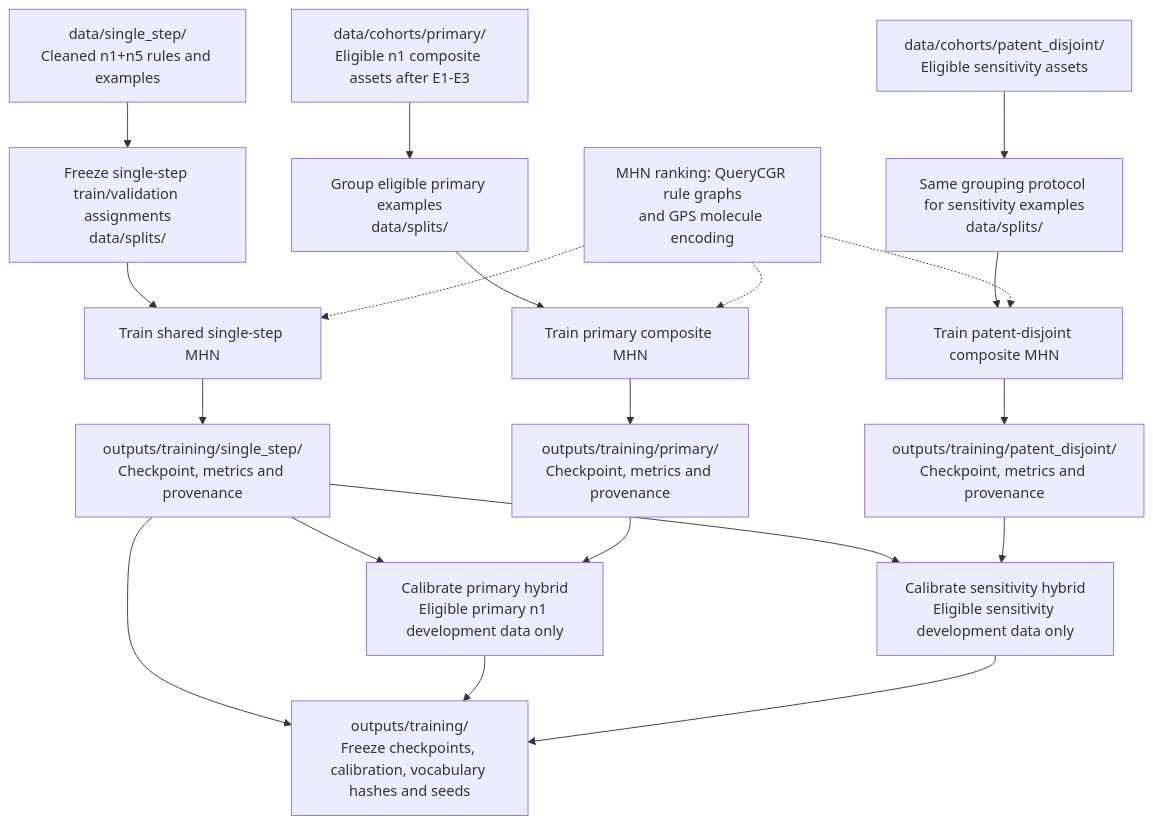
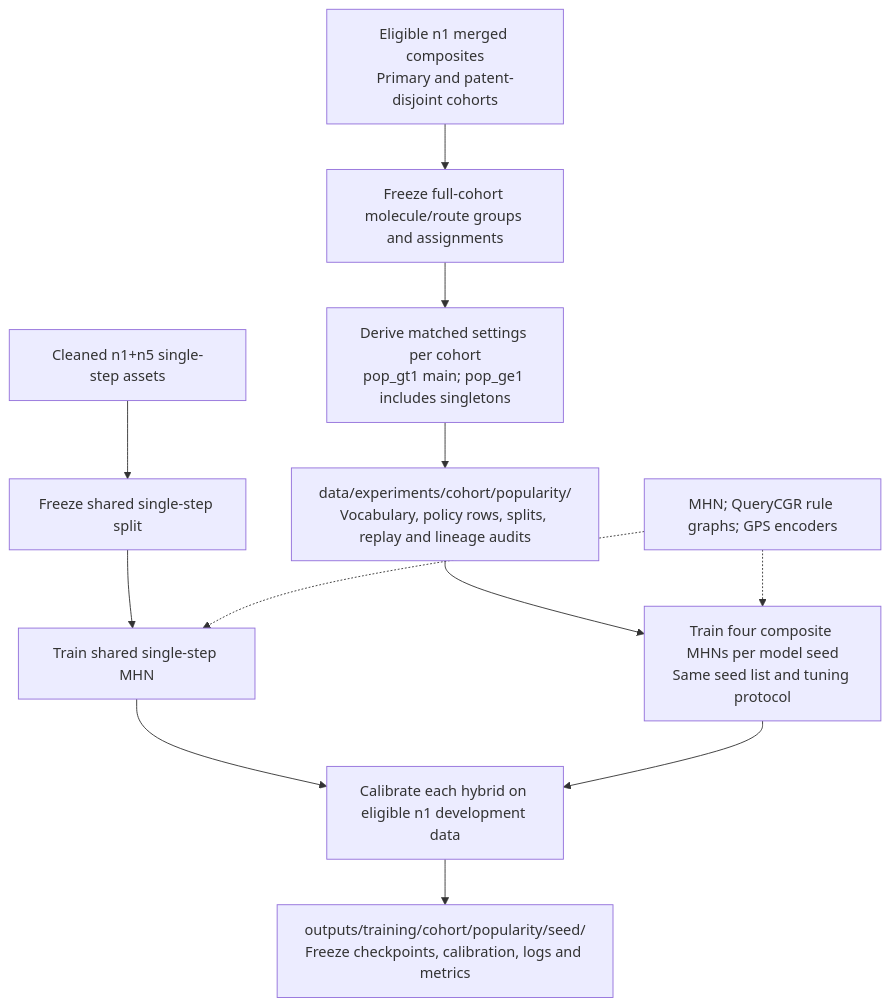
The diagram in docs/diagrams/training.md (Protolaw/retrocomposite), drawn with Mermaid before and after one commit. The commit also changed other lines of this file and 10 other files, not shown here.

Commit message:
docs: specify hybrid planning and evaluation protocol

````diff
--- a/docs/diagrams/training.md
+++ b/docs/diagrams/training.md
@@ -9,30 +8,20 @@
 ```mermaid
 flowchart TD
-    SINGLE["data/single_step/<br/>Cleaned n1+n5 rules and examples"]
-    PRIMARY["data/cohorts/primary/<br/>Eligible n1 composite assets after E1-E3"]
-    SENS["data/cohorts/patent_disjoint/<br/>Eligible sensitivity assets"]
-    SPLITSS["Freeze single-step train/validation assignments<br/>data/splits/"]
-    SPLITP["Group eligible primary examples<br/>data/splits/"]
-    SPLITS["Same grouping protocol for sensitivity examples<br/>data/splits/"]
-    CONFIG["MHN ranking: QueryCGR rule graphs<br/>and GPS molecule encoding"]
-    TRAINSS["Train shared single-step MHN"]
-    TRAINP["Train primary composite MHN"]
-    TRAINS["Train patent-disjoint composite MHN"]
-    SS["outputs/training/single_step/<br/>Checkpoint, metrics and provenance"]
-    CP["outputs/training/primary/<br/>Checkpoint, metrics and provenance"]
-    CS["outputs/training/patent_disjoint/<br/>Checkpoint, metrics and provenance"]
-    CALP["Calibrate primary hybrid<br/>Eligible primary n1 development data only"]
-    CALS["Calibrate sensitivity hybrid<br/>Eligible sensitivity development data only"]
-    FREEZE["outputs/training/<br/>Freeze checkpoints, calibration, vocabulary hashes and seeds"]
-    SINGLE --> SPLITSS --> TRAINSS --> SS
-    PRIMARY --> SPLITP --> TRAINP --> CP
-    SENS --> SPLITS --> TRAINS --> CS
-    CONFIG -.-> TRAINSS
-    CONFIG -.-> TRAINP
-    CONFIG -.-> TRAINS
-    SS --> FREEZE
-    SS --> CALP
-    CP --> CALP --> FREEZE
-    SS --> CALS
-    CS --> CALS --> FREEZE
+    SINGLE["Cleaned n1+n5 single-step assets"]
+    SSPLIT["Freeze shared single-step split"]
+    SS["Train shared single-step MHN"]
+    COHORTS["Eligible n1 merged composites<br/>Primary and patent-disjoint cohorts"]
+    GROUP["Freeze full-cohort molecule/route groups and assignments"]
+    POP["Derive matched settings per cohort<br/>pop_gt1 main; pop_ge1 includes singletons"]
+    AUDIT["data/experiments/cohort/popularity/<br/>Vocabulary, policy rows, splits, replay and lineage audits"]
+    TRAIN["Train four composite MHNs per model seed<br/>Same seed list and tuning protocol"]
+    CONFIG["MHN; QueryCGR rule graphs; GPS encoders"]
+    CAL["Calibrate each hybrid on eligible n1 development data"]
+    FREEZE["outputs/training/cohort/popularity/seed/<br/>Freeze checkpoints, calibration, logs and metrics"]
+    SINGLE --> SSPLIT --> SS
+    COHORTS --> GROUP --> POP --> AUDIT --> TRAIN
+    CONFIG -.-> SS
+    CONFIG -.-> TRAIN
+    SS --> CAL
+    TRAIN --> CAL --> FREEZE
 ```
````
